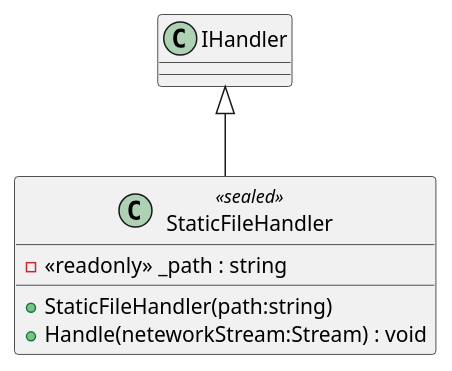
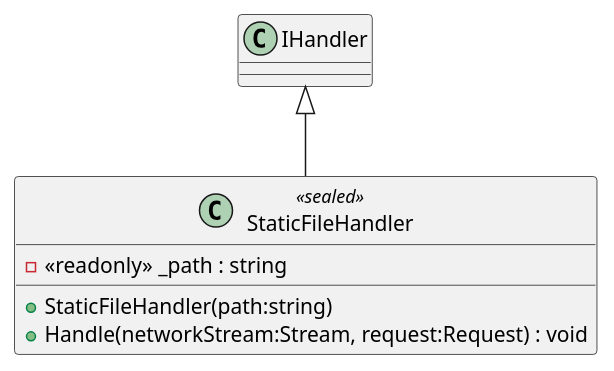
Before and after one commit to Fentan-kyc/MY_HTTP_SERVER: the diagram in PlantUml/MyHTTPServer/Handlers/StaticFileHandler.puml, drawn with PlantUML. The commit also changed 10 other files, not shown here.

Commit message:
new diagram

```diff
--- a/PlantUml/MyHTTPServer/Handlers/StaticFileHandler.puml
+++ b/PlantUml/MyHTTPServer/Handlers/StaticFileHandler.puml
@@ -1,8 +1,8 @@
 @startuml
 class StaticFileHandler <<sealed>> {
     - <<readonly>> _path : string
     + StaticFileHandler(path:string)
-    + Handle(neteworkStream:Stream) : void
+    + Handle(networkStream:Stream, request:Request) : void
 }
 IHandler <|-- StaticFileHandler
 @enduml
```
